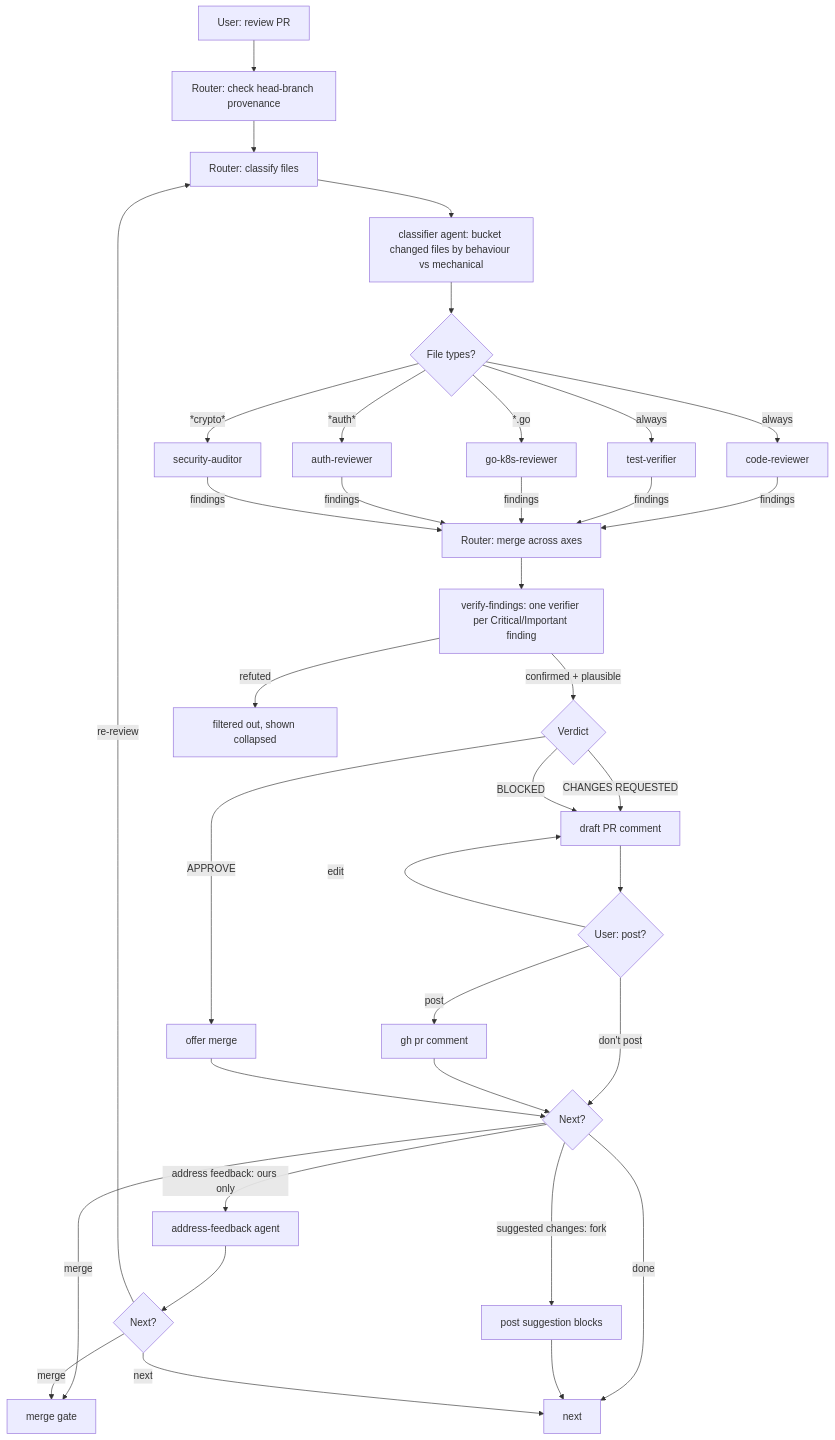
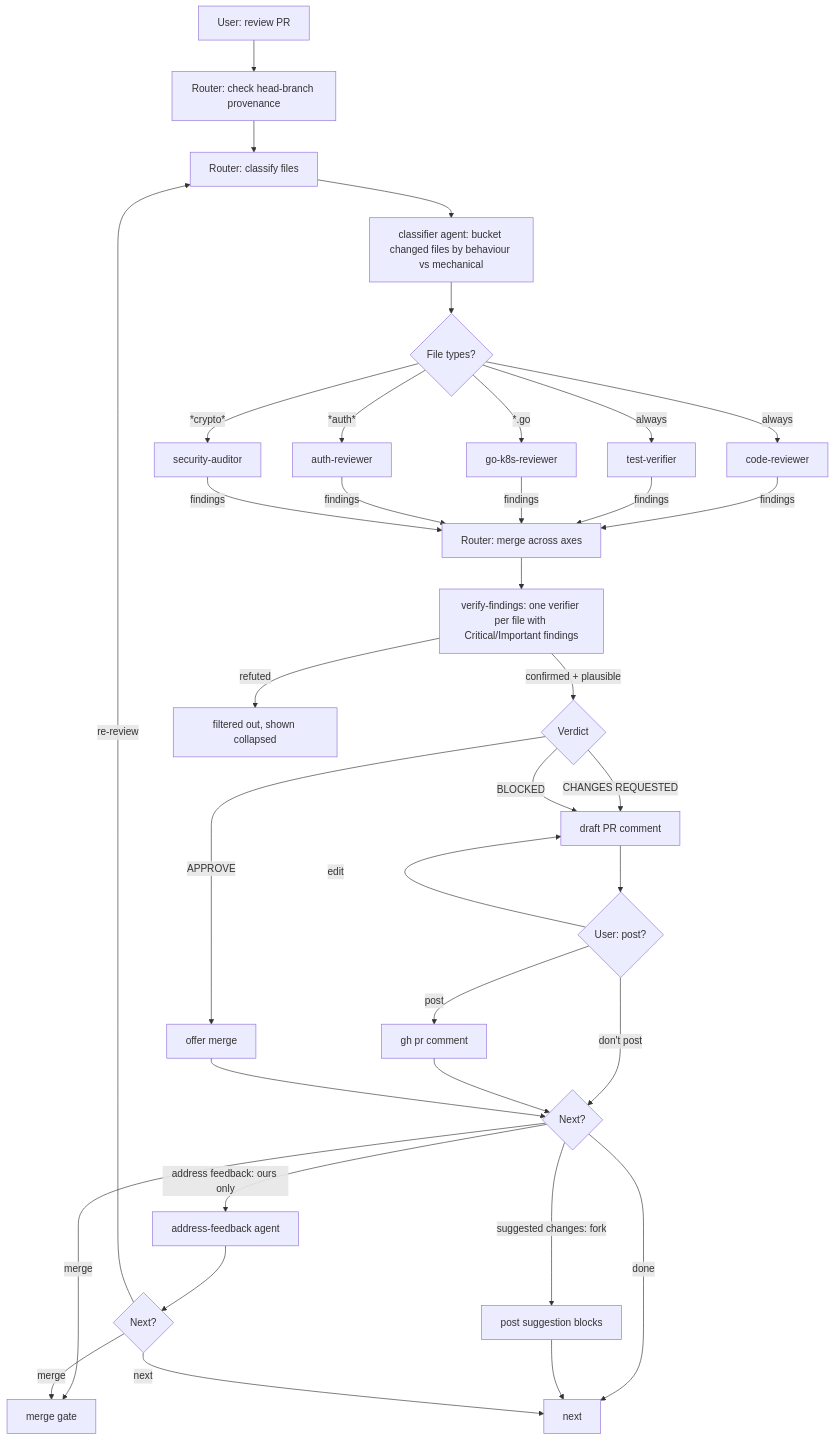
The second of 4 diagrams in README.md (jasonmadigan/clawdio), drawn with Mermaid before and after one commit. The commit also changed other lines of this file and 4 other files, not shown here.

First line of the commit message:
refactor: verify review findings per file

````diff
--- a/README.md
+++ b/README.md
@@ -135,34 +135,34 @@
 ```mermaid
 graph TD
     A[User: review PR] --> A0[Router: check head-branch provenance]
     A0 --> B[Router: classify files]
     B --> BB[classifier agent: bucket changed files by behaviour vs mechanical]
     BB --> C{File types?}
     C -->|always| D[code-reviewer]
     C -->|always| E[test-verifier]
     C -->|*.go| F[go-k8s-reviewer]
     C -->|*auth*| G[auth-reviewer]
     C -->|*crypto*| H[security-auditor]
     D & E & F & G & H -->|findings| I[Router: merge across axes]
-    I --> V[verify-findings: one verifier per Critical/Important finding]
+    I --> V[verify-findings: one verifier per file with Critical/Important findings]
     V -->|confirmed + plausible| J{Verdict}
     V -->|refuted| VF[filtered out, shown collapsed]
     J -->|APPROVE| K[offer merge]
     J -->|CHANGES REQUESTED| L[draft PR comment]
     J -->|BLOCKED| L
     L --> M{User: post?}
     M -->|post| N[gh pr comment]
     M -->|edit| L
     M -->|don't post| O{Next?}
     N --> O
     K --> O
     O -->|address feedback: ours only| P[address-feedback agent]
     O -->|suggested changes: fork| SC[post suggestion blocks]
     O -->|merge| Q[merge gate]
     O -->|done| R[next]
     SC --> R
     P --> S{Next?}
     S -->|re-review| B
     S -->|merge| Q
     S -->|next| R
 ```
````
